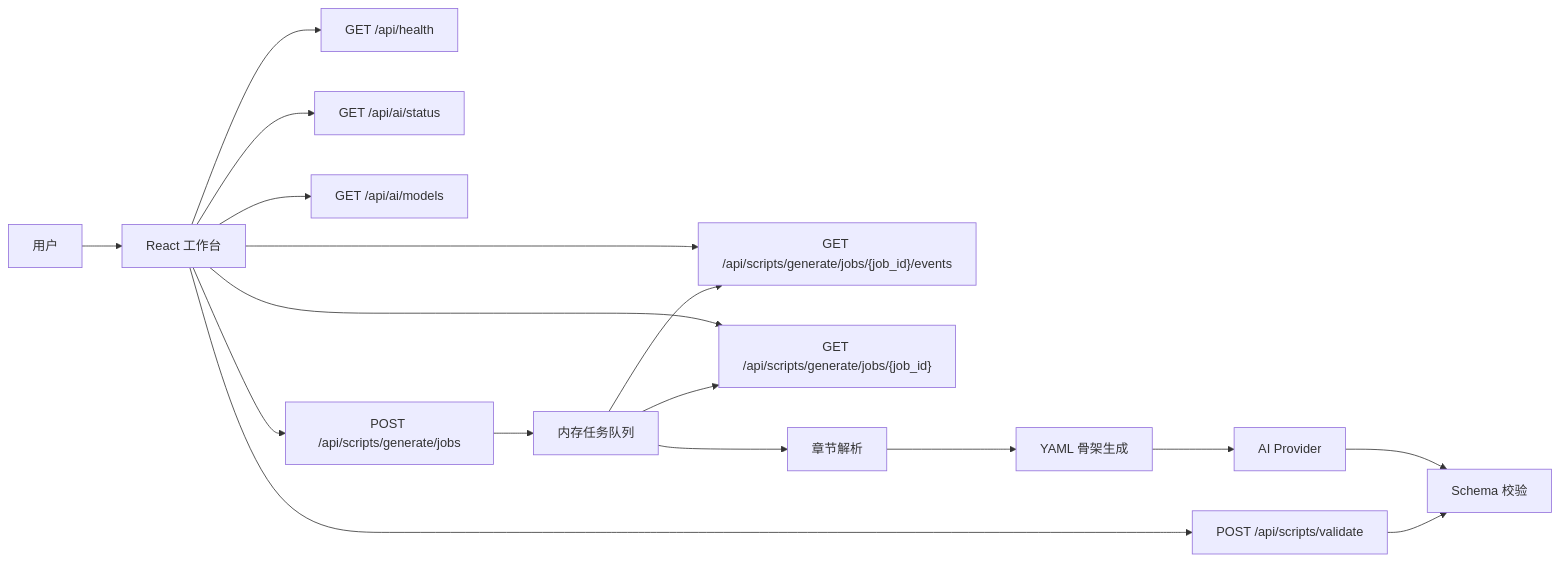
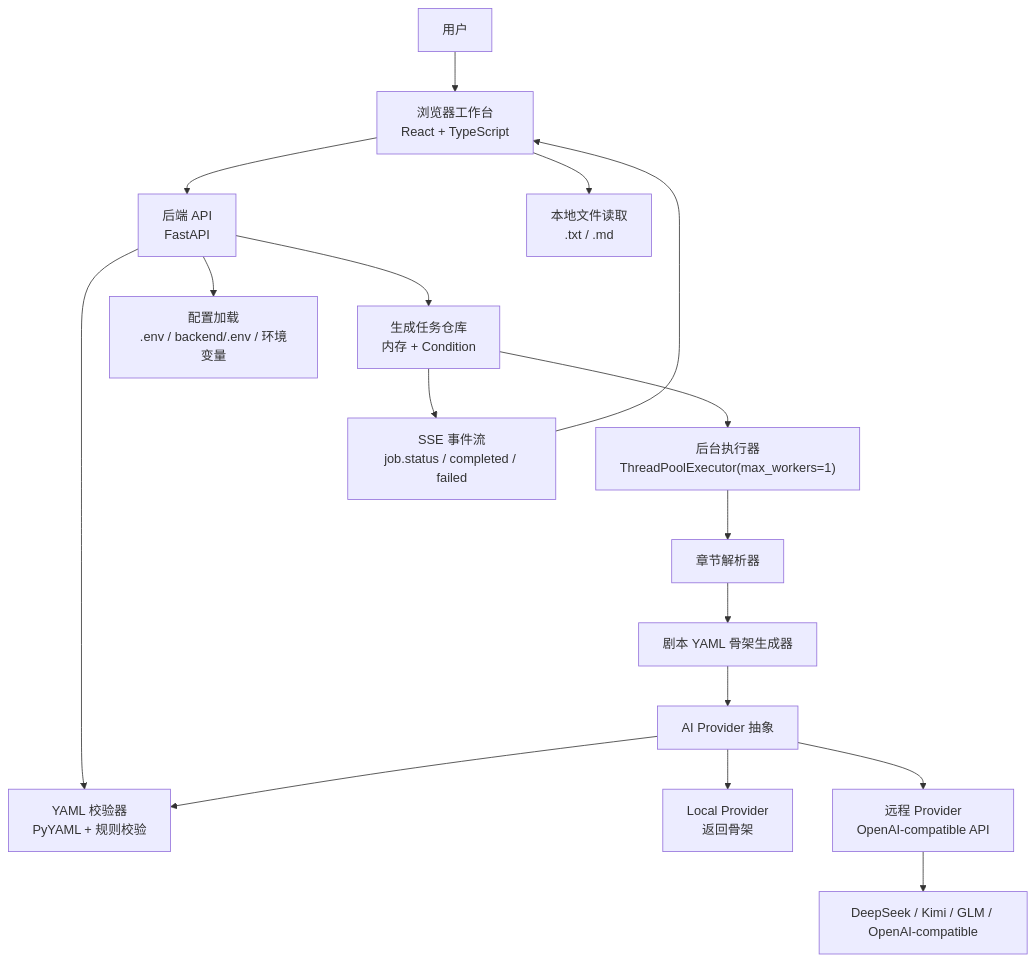
Before and after one commit to HangChi/ai-novel-to-script: the first of 3 diagrams in docs/系统设计.md, drawn with Mermaid. The commit also changed other lines of this file, not shown here.

````diff
--- a/docs/系统设计.md
+++ b/docs/系统设计.md
@@ -7,19 +16,23 @@
 ```mermaid
-flowchart LR
-  User["用户"] --> Frontend["React 工作台"]
-  Frontend --> Health["GET /api/health"]
-  Frontend --> Status["GET /api/ai/status"]
-  Frontend --> Models["GET /api/ai/models"]
-  Frontend --> JobCreate["POST /api/scripts/generate/jobs"]
-  Frontend --> JobEvents["GET /api/scripts/generate/jobs/{job_id}/events"]
-  Frontend --> JobStatus["GET /api/scripts/generate/jobs/{job_id}"]
-  Frontend --> Validate["POST /api/scripts/validate"]
-  JobCreate --> Queue["内存任务队列"]
-  Queue --> Parser["章节解析"]
-  Parser --> Draft["YAML 骨架生成"]
-  Draft --> Provider["AI Provider"]
-  Provider --> Validator["Schema 校验"]
-  Queue --> JobEvents
-  Queue --> JobStatus
-  Validate --> Validator
+flowchart TB
+  User["用户"] --> Browser["浏览器工作台<br/>React + TypeScript"]
+
+  Browser --> Api["后端 API<br/>FastAPI"]
+  Browser --> FileReader["本地文件读取<br/>.txt / .md"]
+
+  Api --> JobStore["生成任务仓库<br/>内存 + Condition"]
+  Api --> Validator["YAML 校验器<br/>PyYAML + 规则校验"]
+  Api --> Config["配置加载<br/>.env / backend/.env / 环境变量"]
+
+  JobStore --> Executor["后台执行器<br/>ThreadPoolExecutor(max_workers=1)"]
+  Executor --> Parser["章节解析器"]
+  Parser --> Draft["剧本 YAML 骨架生成器"]
+  Draft --> Provider["AI Provider 抽象"]
+  Provider --> Local["Local Provider<br/>返回骨架"]
+  Provider --> Remote["远程 Provider<br/>OpenAI-compatible API"]
+  Remote --> ExternalAI["DeepSeek / Kimi / GLM / OpenAI-compatible"]
+  Provider --> Validator
+
+  JobStore --> Sse["SSE 事件流<br/>job.status / completed / failed"]
+  Sse --> Browser
 ```
````
